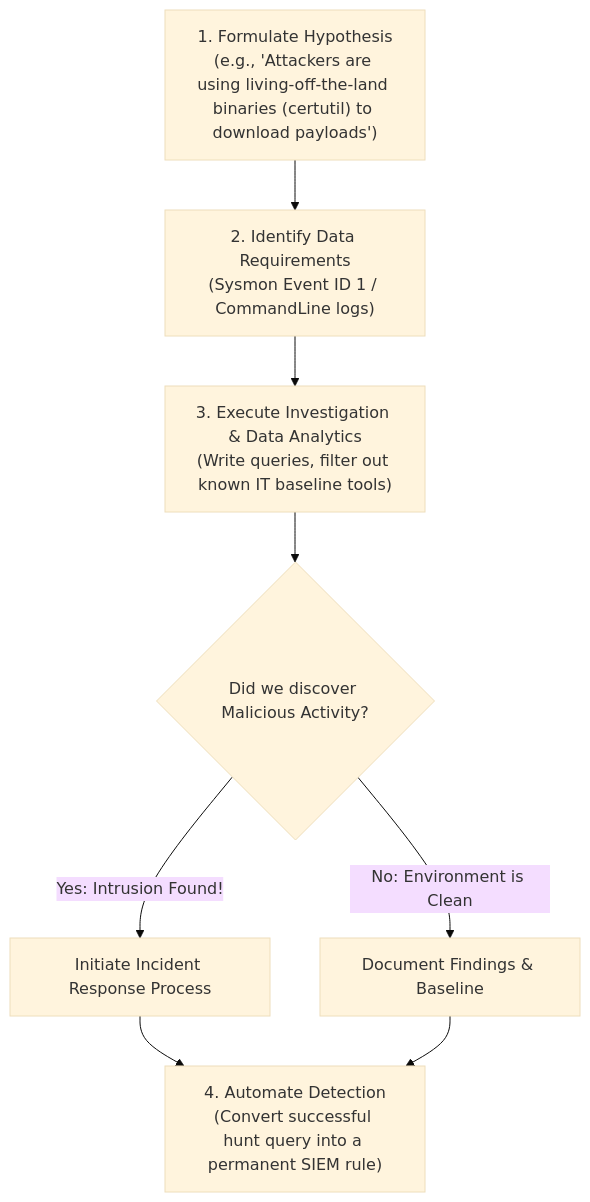
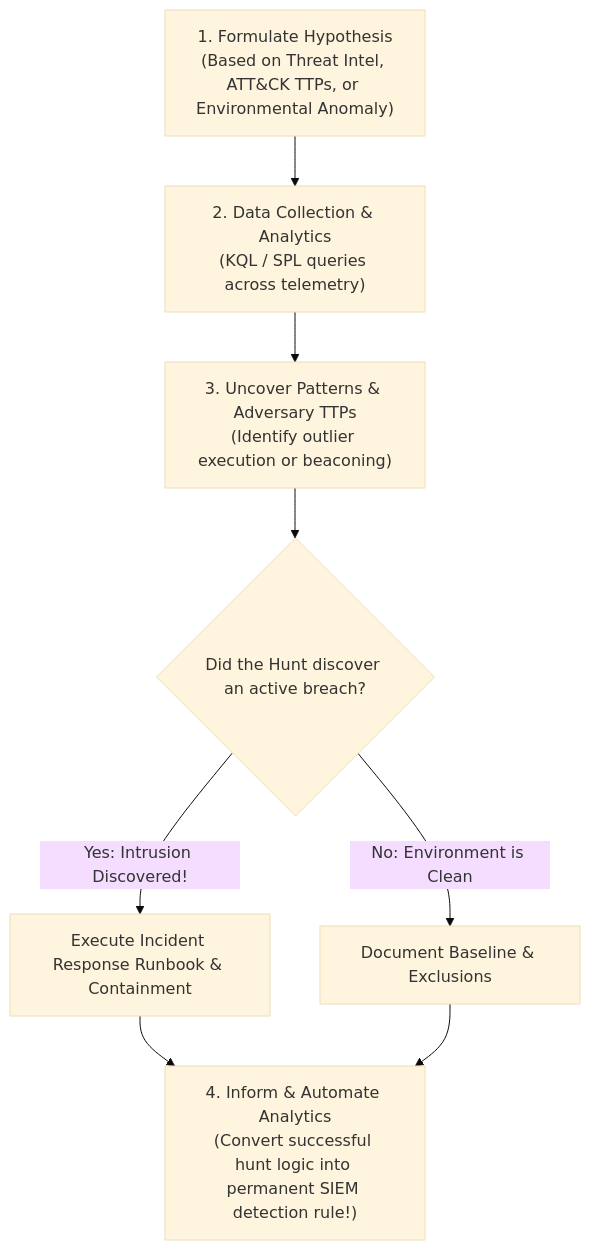
The diagram in SOC/08_Advanced_Topics/01_Proactive_Threat_Hunting_Methodology.md (varunks04/CBS-Roleplay), drawn with Mermaid (base theme) before and after one commit. The commit also changed other lines of this file and 38 other files, not shown here.

````diff
--- a/SOC/08_Advanced_Topics/01_Proactive_Threat_Hunting_Methodology.md
+++ b/SOC/08_Advanced_Topics/01_Proactive_Threat_Hunting_Methodology.md
@@ -16,9 +19,9 @@
 ```mermaid
 flowchart TD
-    A["1. Formulate Hypothesis<br>(e.g., 'Attackers are using living-off-the-land binaries (certutil) to download payloads')"] --> B["2. Identify Data Requirements<br>(Sysmon Event ID 1 / CommandLine logs)"]
-    B --> C["3. Execute Investigation & Data Analytics<br>(Write queries, filter out known IT baseline tools)"]
-    C --> D{"Did we discover Malicious Activity?"}
-    D -->|Yes: Intrusion Found!| E["Initiate Incident Response Process"]
-    D -->|No: Environment is Clean| F["Document Findings & Baseline"]
-    E & F --> G["4. Automate Detection<br>(Convert successful hunt query into a permanent SIEM rule)"]
+    A["1. Formulate Hypothesis<br>(Based on Threat Intel, ATT&CK TTPs, or Environmental Anomaly)"] --> B["2. Data Collection & Analytics<br>(KQL / SPL queries across telemetry)"]
+    B --> C["3. Uncover Patterns & Adversary TTPs<br>(Identify outlier execution or beaconing)"]
+    C --> D{"Did the Hunt discover an active breach?"}
+    D -->|Yes: Intrusion Discovered!| E["Execute Incident Response Runbook & Containment"]
+    D -->|No: Environment is Clean| F["Document Baseline & Exclusions"]
+    E & F --> G["4. Inform & Automate Analytics<br>(Convert successful hunt logic into permanent SIEM detection rule!)"]
 ```
````
